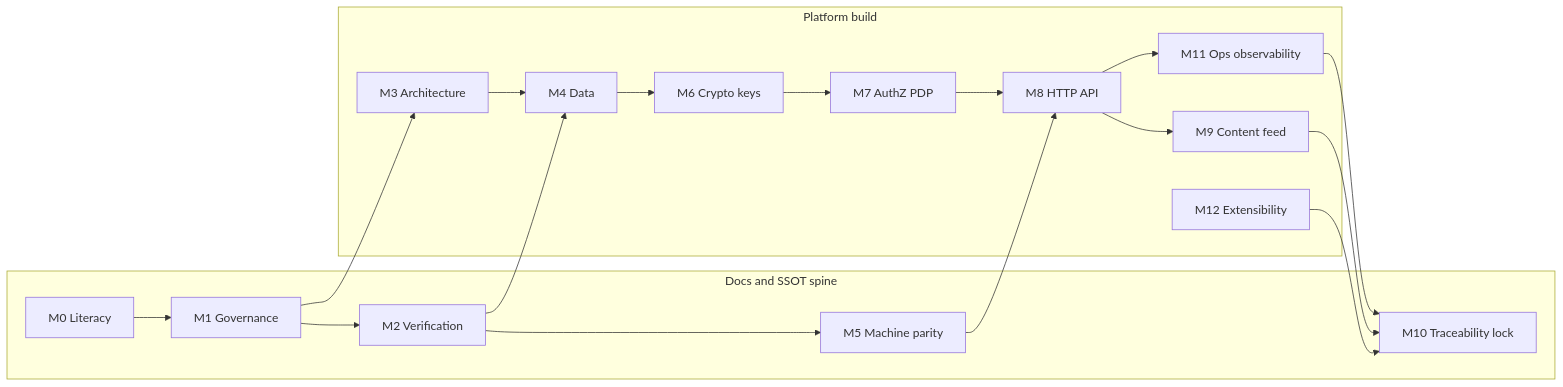
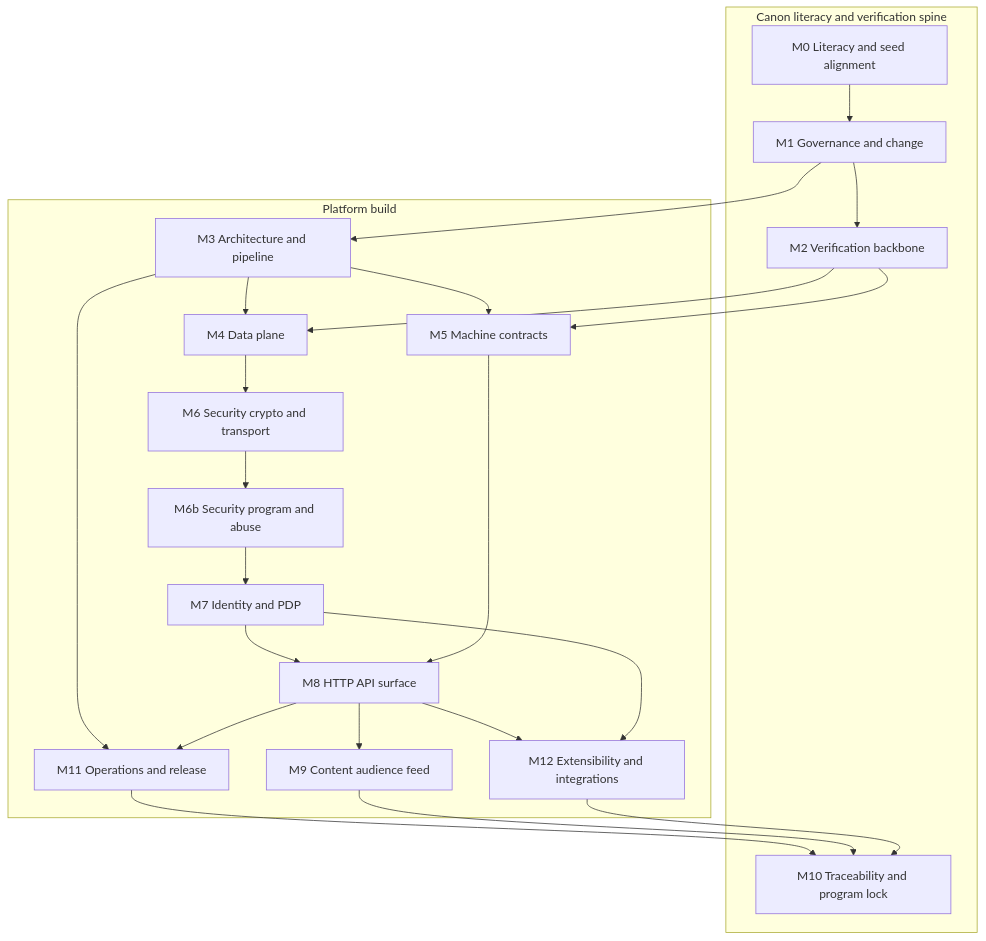
Before and after one commit to accurotechadmin/CRE8pw: the diagram in dev/SSOT_IMPLEMENTATION_MILESTONES_AND_SLICES.md, drawn with Mermaid. The commit also changed other lines of this file and 2 other files, not shown here.

First line of the commit message:
docs(dev): expand SSOT implementation roadmap for full canon and seed

````diff
--- a/dev/SSOT_IMPLEMENTATION_MILESTONES_AND_SLICES.md
+++ b/dev/SSOT_IMPLEMENTATION_MILESTONES_AND_SLICES.md
@@ -19,34 +36,40 @@
 ```mermaid
-flowchart LR
-  subgraph spine[Docs and SSOT spine]
-    M0[M0 Literacy]
-    M1[M1 Governance]
-    M2[M2 Verification]
-    M5[M5 Machine parity]
-    M10[M10 Traceability lock]
+flowchart TB
+  subgraph spine[Canon literacy and verification spine]
+    M0[M0 Literacy and seed alignment]
+    M1[M1 Governance and change]
+    M2[M2 Verification backbone]
+    M10[M10 Traceability and program lock]
   end
   subgraph build[Platform build]
-    M3[M3 Architecture]
-    M4[M4 Data]
-    M6[M6 Crypto keys]
-    M7[M7 AuthZ PDP]
-    M8[M8 HTTP API]
-    M9[M9 Content feed]
-    M11[M11 Ops observability]
-    M12[M12 Extensibility]
+    M3[M3 Architecture and pipeline]
+    M4[M4 Data plane]
+    M5[M5 Machine contracts]
+    M6[M6 Security crypto and transport]
+    M6b[M6b Security program and abuse]
+    M7[M7 Identity and PDP]
+    M8[M8 HTTP API surface]
+    M9[M9 Content audience feed]
+    M11[M11 Operations and release]
+    M12[M12 Extensibility and integrations]
   end
   M0 --> M1 --> M2
   M1 --> M3
   M2 --> M4
   M3 --> M4
   M4 --> M6
-  M6 --> M7
+  M6 --> M6b
+  M6b --> M7
   M7 --> M8
   M8 --> M9
   M2 --> M5
+  M3 --> M5
   M5 --> M8
+  M3 --> M11
   M8 --> M11
   M11 --> M10
   M9 --> M10
   M12 --> M10
+  M8 --> M12
+  M7 --> M12
 ```
````
